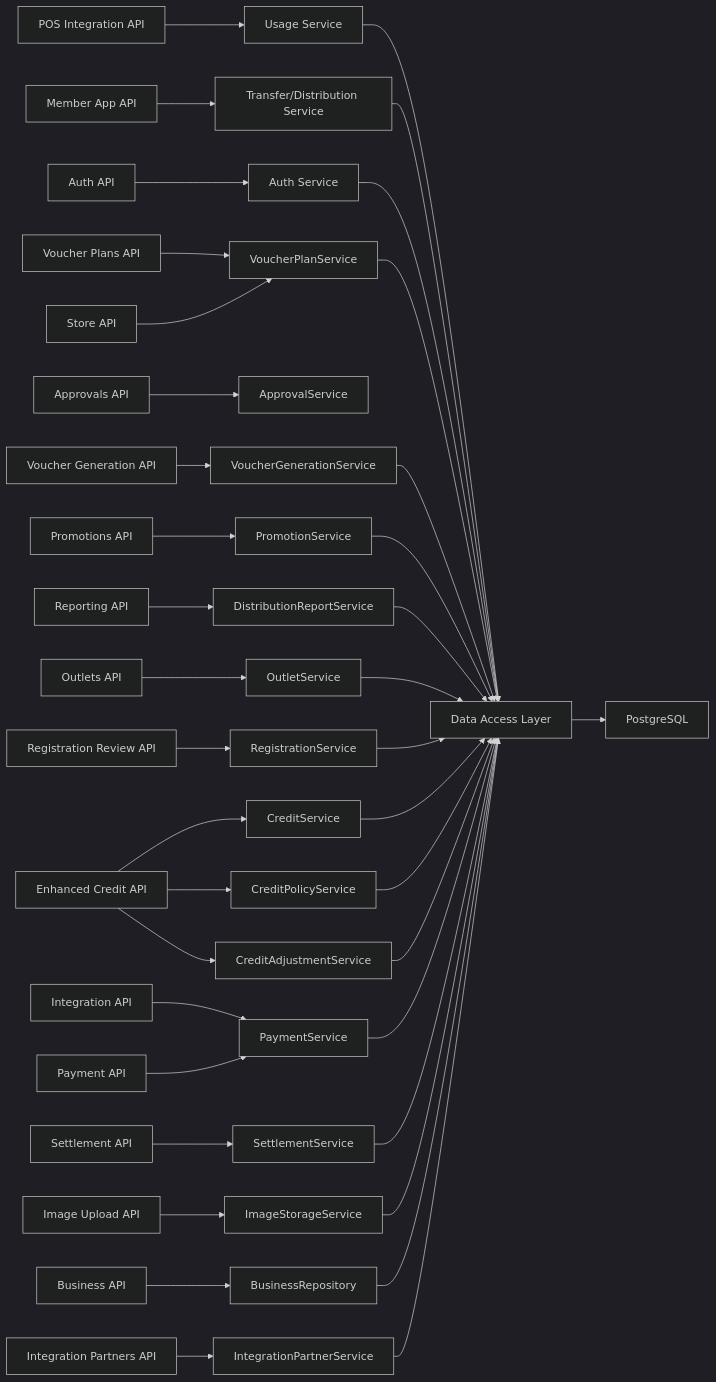
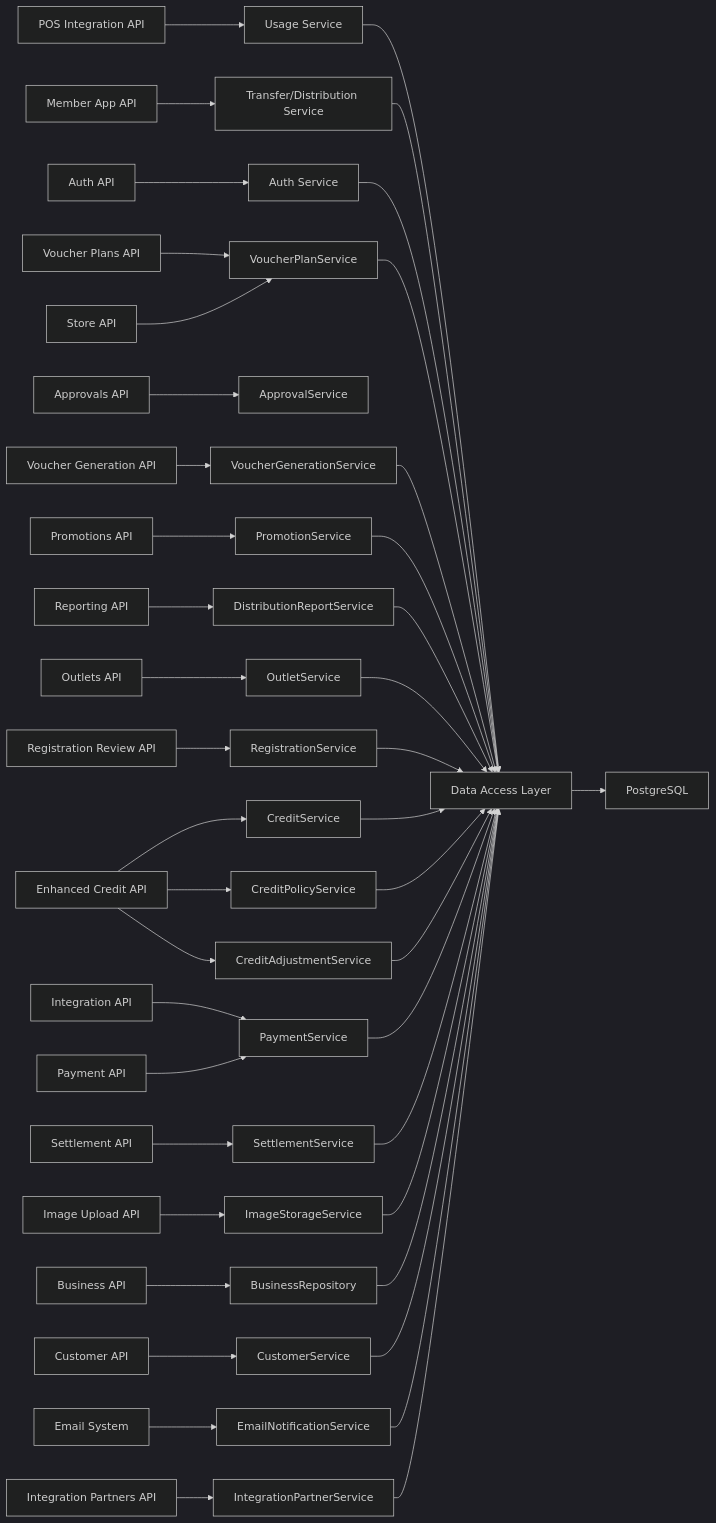
One commit to lamhongbac/NonCash changed the sixth of 6 diagrams in .qoder/repowiki/en/content/API Contracts and Integration/API Contracts and Integration.md. Above: the diagram before and after it, drawn with Mermaid (dark theme). The commit also changed other lines of this file and 36 other files, not shown here.

````diff
--- a/.qoder/repowiki/en/content/API Contracts and Integration/API Contracts and Integration.md
+++ b/.qoder/repowiki/en/content/API Contracts and Integration/API Contracts and Integration.md
@@ -890,41 +1010,45 @@
 ```mermaid
 graph LR
 POS["POS Integration API"] --> USVC["Usage Service"]
 MEM["Member App API"] --> TSVC["Transfer/Distribution Service"]
 AUTH["Auth API"] --> ASVC["Auth Service"]
 PLANS["Voucher Plans API"] --> PSVC["VoucherPlanService"]
 APPROVALS["Approvals API"] --> ASVC2["ApprovalService"]
 GEN["Voucher Generation API"] --> GENSVC["VoucherGenerationService"]
 PROMO["Promotions API"] --> PROMOSVC["PromotionService"]
 REPORTS["Reporting API"] --> RSVC["DistributionReportService"]
 STORE["Store API"] --> PSVC
 OUTLETS["Outlets API"] --> OSVC["OutletService"]
 REG["Registration Review API"] --> RSVC2["RegistrationService"]
 CREDITS["Enhanced Credit API"] --> CSVC["CreditService"]
 CREDITS --> CPSVC["CreditPolicyService"]
 CREDITS --> CASVC["CreditAdjustmentService"]
 INTEGRATION["Integration API"] --> PSVC2["PromotionService"]
 SETTLEMENT["Settlement API"] --> SSVC["SettlementService"]
 PAYMENTS["Payment API"] --> PSVC2["PaymentService"]
 UPLOAD["Image Upload API"] --> ISVC["ImageStorageService"]
 BUSINESS["Business API"] --> BR["BusinessRepository"]
+CUSTOMERS["Customer API"] --> CSVC2["CustomerService"]
+EMAIL["Email System"] --> ENSVC["EmailNotificationService"]
 IPARTNERS["Integration Partners API"] --> IPSVC["IntegrationPartnerService"]
 USVC --> DAL["Data Access Layer"]
 TSVC --> DAL
 ASVC --> DAL
 PSVC --> DAL
 GENSVC --> DAL
 PROMOSVC --> DAL
 RSVC --> DAL
 OSVC --> DAL
 RSVC2 --> DAL
 CSVC --> DAL
 CPSVC --> DAL
 CASVC --> DAL
 PSVC2 --> DAL
 SSVC --> DAL
 ISVC --> DAL
 BR --> DAL
+CSVC2 --> DAL
+ENSVC --> DAL
 IPSVC --> DAL
 DAL --> DB["PostgreSQL"]
 ```
````
